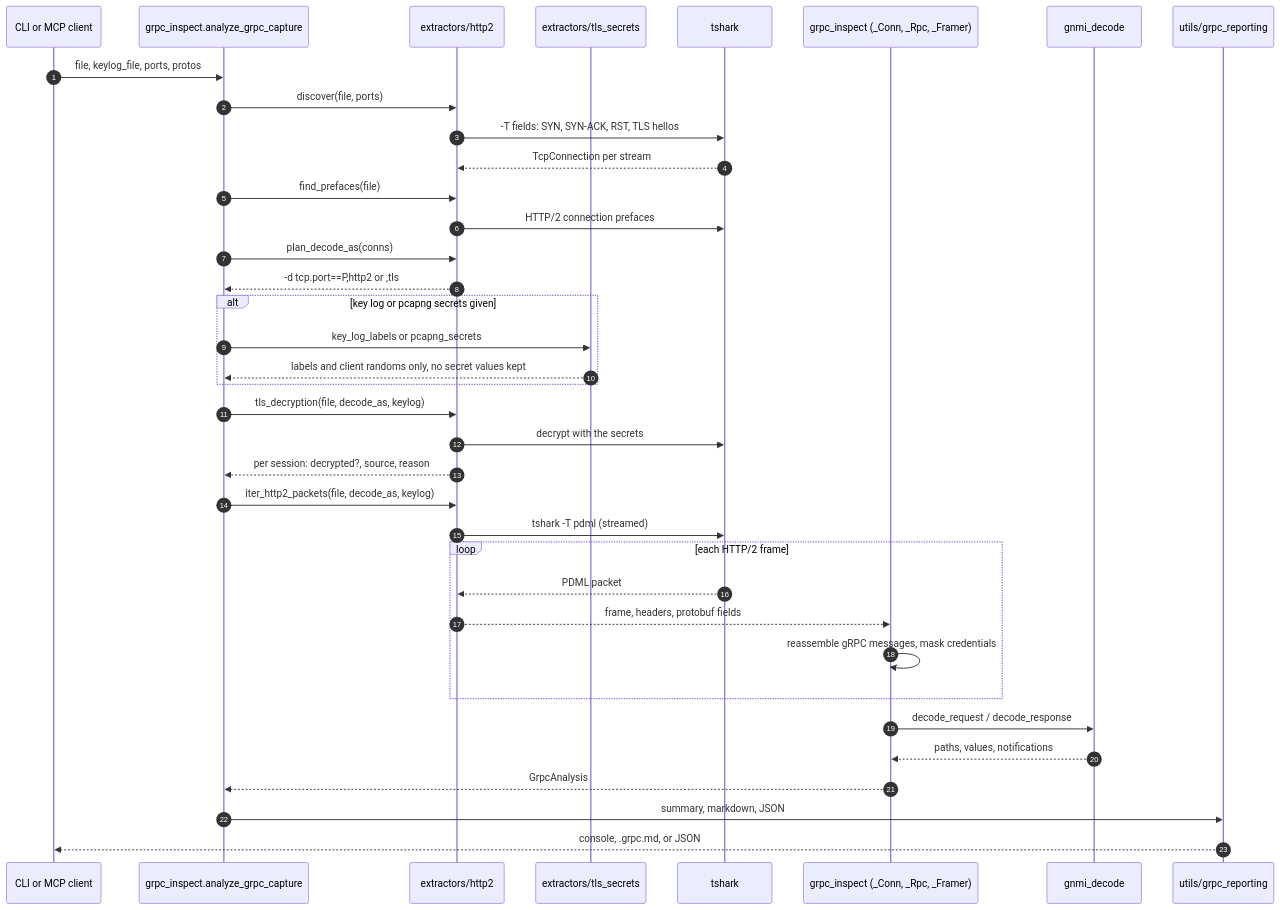
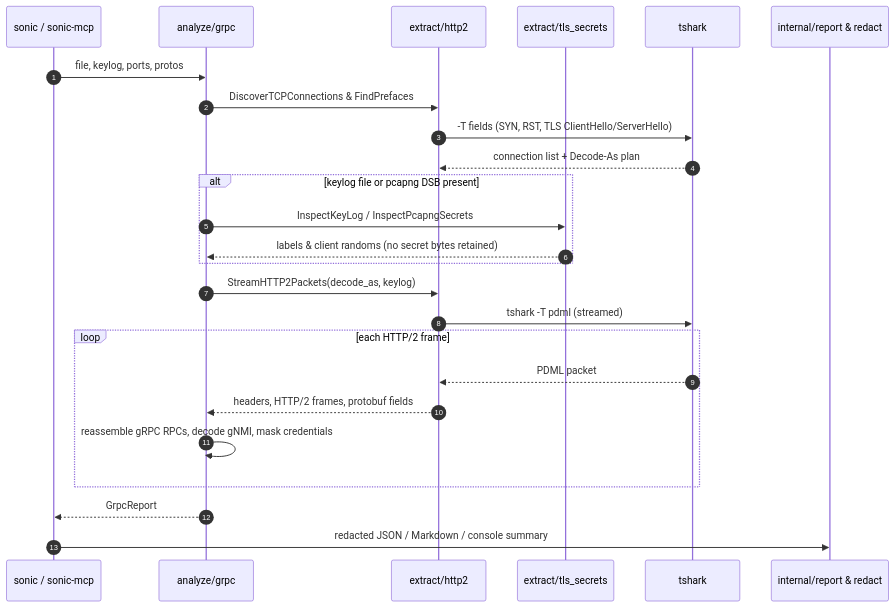
Before and after one commit to zombat/sonic: the second of 5 diagrams in docs/ARCHITECTURE.md, drawn with Mermaid. The commit also changed other lines of this file and 15 other files, not shown here.

````diff
--- a/docs/ARCHITECTURE.md
+++ b/docs/ARCHITECTURE.md
@@ -127,40 +48,28 @@
 ```mermaid
 sequenceDiagram
     autonumber
-    participant U as CLI or MCP client
-    participant G as grpc_inspect.analyze_grpc_capture
-    participant H as extractors/http2
-    participant S as extractors/tls_secrets
+    participant U as sonic / sonic-mcp
+    participant G as analyze/grpc
+    participant H as extract/http2
+    participant S as extract/tls_secrets
     participant T as tshark
-    participant D as grpc_inspect (_Conn, _Rpc, _Framer)
-    participant N as gnmi_decode
-    participant R as utils/grpc_reporting
+    participant R as internal/report & redact
 
-    U->>G: file, keylog_file, ports, protos
-    G->>H: discover(file, ports)
-    H->>T: -T fields: SYN, SYN-ACK, RST, TLS hellos
-    T-->>H: TcpConnection per stream
-    G->>H: find_prefaces(file)
-    H->>T: HTTP/2 connection prefaces
-    G->>H: plan_decode_as(conns)
-    H-->>G: -d tcp.port==P,http2 or ,tls
-    alt key log or pcapng secrets given
-        G->>S: key_log_labels or pcapng_secrets
-        S-->>G: labels and client randoms only, no secret values kept
+    U->>G: file, keylog, ports, protos
+    G->>H: DiscoverTCPConnections & FindPrefaces
+    H->>T: -T fields (SYN, RST, TLS ClientHello/ServerHello)
+    T-->>H: connection list + Decode-As plan
+    alt keylog file or pcapng DSB present
+        G->>S: InspectKeyLog / InspectPcapngSecrets
+        S-->>G: labels & client randoms (no secret bytes retained)
     end
-    G->>H: tls_decryption(file, decode_as, keylog)
-    H->>T: decrypt with the secrets
-    H-->>G: per session: decrypted?, source, reason
-    G->>H: iter_http2_packets(file, decode_as, keylog)
+    G->>H: StreamHTTP2Packets(decode_as, keylog)
     H->>T: tshark -T pdml (streamed)
     loop each HTTP/2 frame
         T-->>H: PDML packet
-        H-->>D: frame, headers, protobuf fields
-        D->>D: reassemble gRPC messages, mask credentials
+        H-->>G: headers, HTTP/2 frames, protobuf fields
+        G->>G: reassemble gRPC RPCs, decode gNMI, mask credentials
     end
-    D->>N: decode_request / decode_response
-    N-->>D: paths, values, notifications
-    D-->>G: GrpcAnalysis
-    G->>R: summary, markdown, JSON
-    R-->>U: console, .grpc.md, or JSON
+    G-->>U: GrpcReport
+    U->>R: redacted JSON / Markdown / console summary
 ```
````
